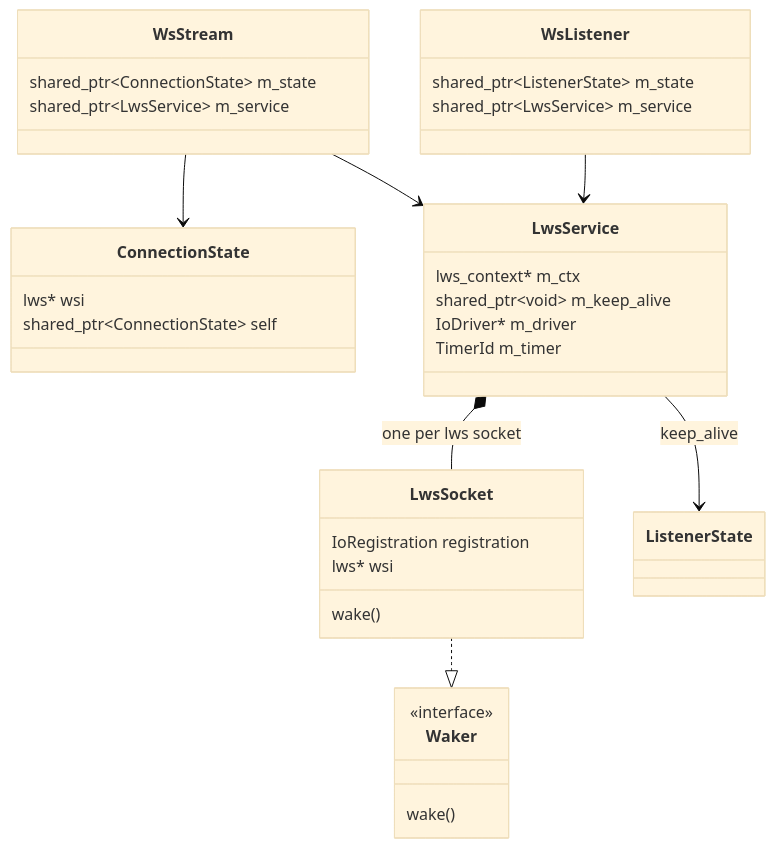
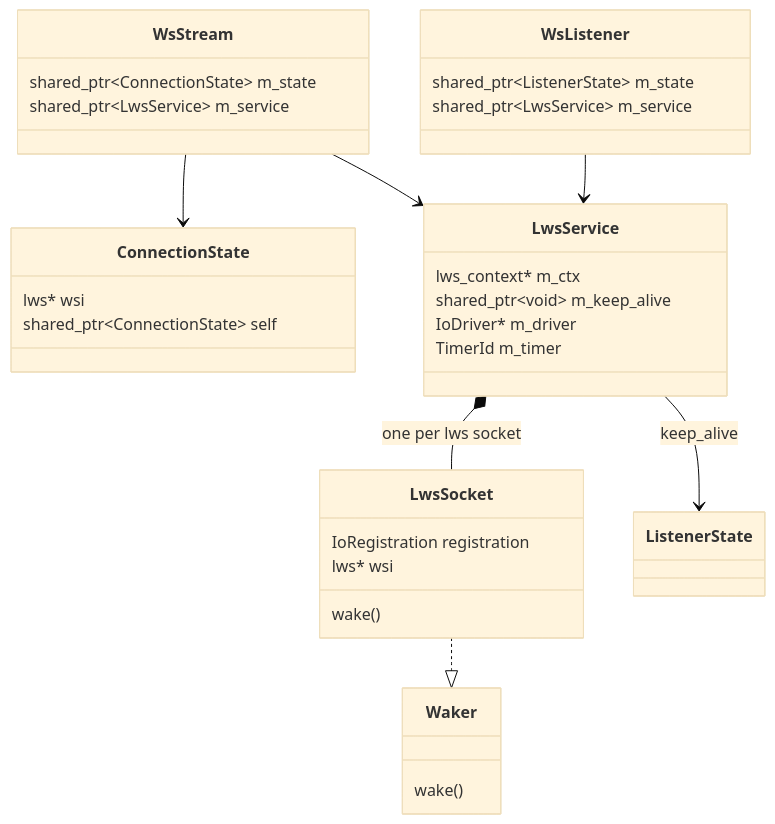
The second of 4 diagrams in doc/design/websocket_stream.md (bts164/coro), drawn with Mermaid (base theme) before and after one commit. The commit also changed 43 other files, not shown here.

````diff
--- a/doc/design/websocket_stream.md
+++ b/doc/design/websocket_stream.md
@@ -304,36 +304,35 @@
 ```mermaid
 classDiagram
     class WsStream {
         shared_ptr~ConnectionState~ m_state
         shared_ptr~LwsService~ m_service
     }
     class WsListener {
         shared_ptr~ListenerState~ m_state
         shared_ptr~LwsService~ m_service
     }
     class LwsService {
         lws_context* m_ctx
         shared_ptr~void~ m_keep_alive
         IoDriver* m_driver
         TimerId m_timer
     }
     class LwsSocket {
         IoRegistration registration
         lws* wsi
         wake()
     }
     class Waker {
-        <<interface>>
         wake()
     }
     class ConnectionState {
         lws* wsi
         shared_ptr~ConnectionState~ self
     }
     WsStream --> ConnectionState
     WsStream --> LwsService
     WsListener --> LwsService
     LwsService *-- LwsSocket : one per lws socket
     LwsSocket ..|> Waker
     LwsService --> ListenerState : keep_alive
 ```
````
